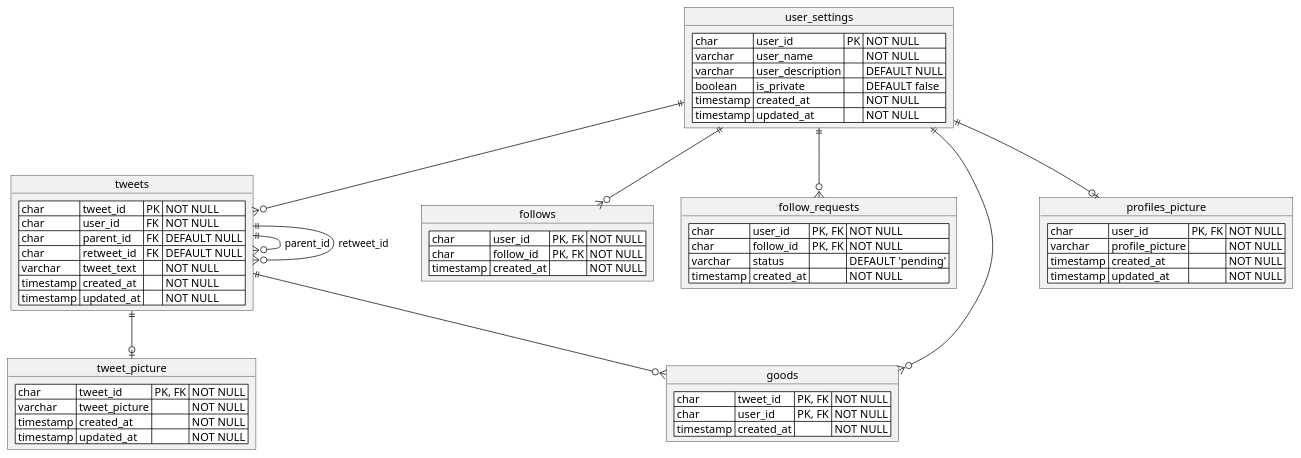
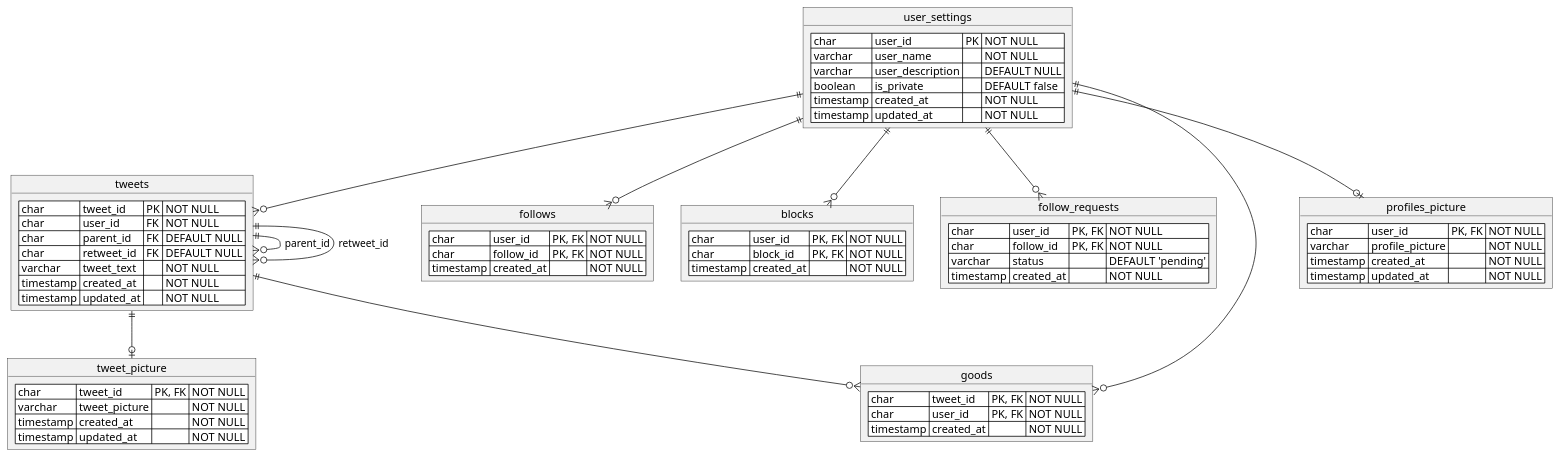
One commit to tetsushi-yamada/hackathon_backend changed the diagram in docs/erd.puml. Above: the diagram before and after it, drawn with PlantUML. The commit also changed 5 other files, not shown here.

Commit message:
add block openapi and erd

```diff
--- a/docs/erd.puml
+++ b/docs/erd.puml
@@ -1,65 +1,73 @@
 @startuml
 
 object user_settings {
     <#white>| char | user_id | PK | NOT NULL |
     <#white>| varchar | user_name | | NOT NULL |
     <#white>| varchar | user_description | | DEFAULT NULL |
     <#white>| boolean | is_private | | DEFAULT false |
     <#white>| timestamp | created_at | | NOT NULL |
     <#white>| timestamp | updated_at | | NOT NULL |
 }
 
 object tweets {
     <#white>| char | tweet_id | PK | NOT NULL |
     <#white>| char | user_id | FK | NOT NULL |
     <#white>| char | parent_id | FK | DEFAULT NULL |
     <#white>| char | retweet_id | FK | DEFAULT NULL |
     <#white>| varchar | tweet_text | | NOT NULL |
     <#white>| timestamp | created_at | | NOT NULL |
     <#white>| timestamp | updated_at | | NOT NULL |
 }
 
 object follows {
     <#white>| char | user_id | PK, FK | NOT NULL |
     <#white>| char | follow_id | PK, FK | NOT NULL |
     <#white>| timestamp | created_at | | NOT NULL |
+}
+
+object blocks {
+    <#white>| char | user_id | PK, FK | NOT NULL |
+    <#white>| char | block_id | PK, FK | NOT NULL |
+    <#white>| timestamp | created_at | | NOT NULL |
+
 }
 
 object follow_requests {
     <#white>| char | user_id | PK, FK | NOT NULL |
     <#white>| char | follow_id | PK, FK | NOT NULL |
     <#white>| varchar | status | | DEFAULT 'pending' |
     <#white>| timestamp | created_at | | NOT NULL |
 }
 
 object goods {
     <#white>| char | tweet_id | PK, FK | NOT NULL |
     <#white>| char | user_id | PK, FK | NOT NULL |
     <#white>| timestamp | created_at | | NOT NULL |
 }
 
 object profiles_picture {
     <#white>| char | user_id | PK, FK | NOT NULL |
     <#white>| varchar | profile_picture | | NOT NULL |
     <#white>| timestamp | created_at | | NOT NULL |
     <#white>| timestamp | updated_at | | NOT NULL |
 }
 
 object tweet_picture {
     <#white>| char | tweet_id | PK, FK | NOT NULL |
     <#white>| varchar | tweet_picture | | NOT NULL |
     <#white>| timestamp | created_at | | NOT NULL |
     <#white>| timestamp | updated_at | | NOT NULL |
 }
 
 user_settings ||--o{ tweets
 user_settings ||--o{ follows
 user_settings ||--o{ follow_requests
+user_settings ||--o{ blocks
 tweets ||--o{ goods
 user_settings ||--o{ goods
 tweets ||--o{ tweets : parent_id
 tweets ||--o{ tweets : retweet_id
 user_settings ||--o| profiles_picture
 tweets ||--o| tweet_picture
 
 @enduml
```
